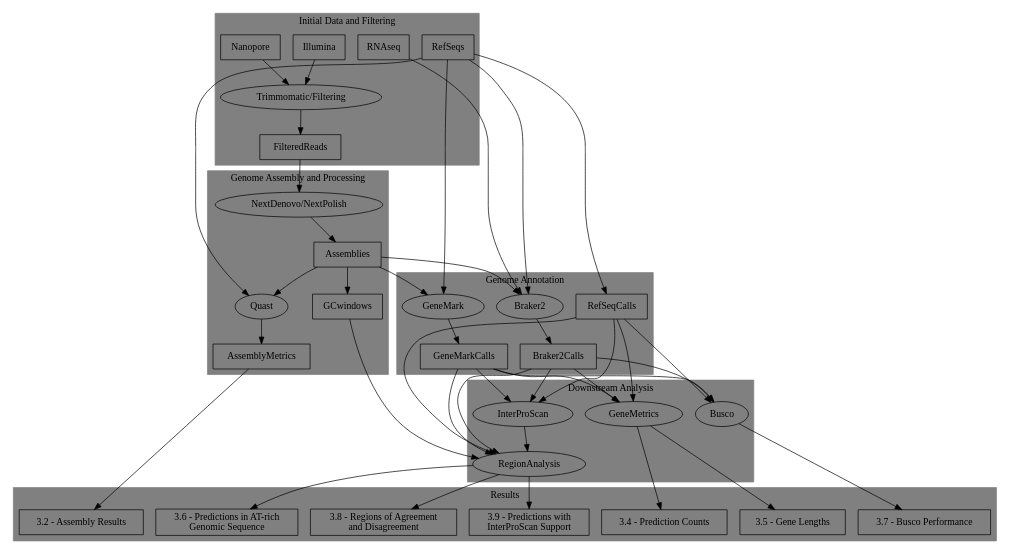
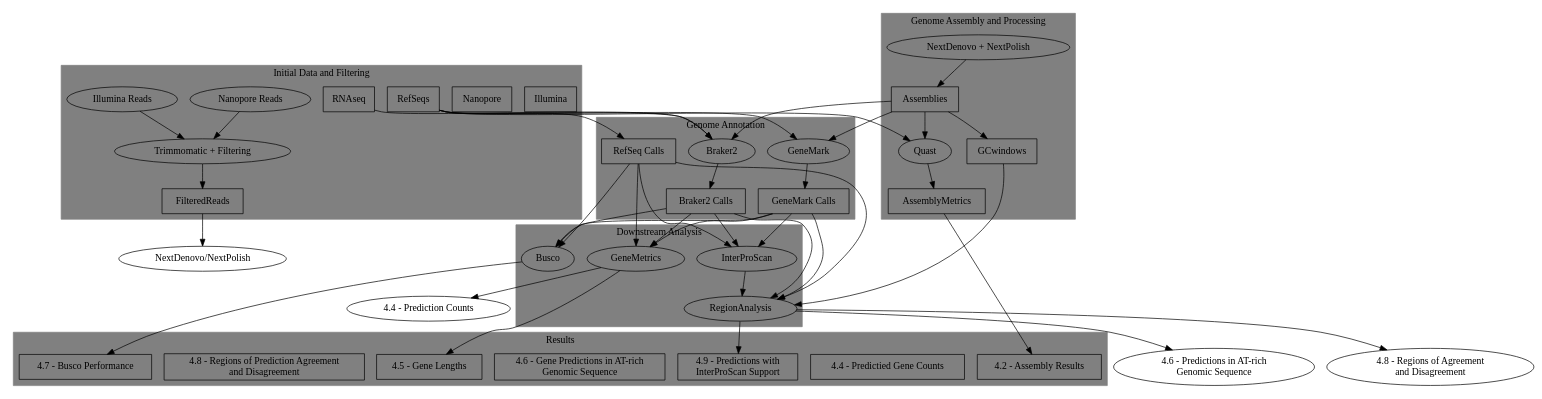
Before and after one commit to cbe453/masters: the diagram in working-thesis/figures/data-flowchart.dot, drawn with Graphviz. The commit also changed 12 other files, not shown here.

```diff
--- a/working-thesis/figures/data-flowchart.dot
+++ b/working-thesis/figures/data-flowchart.dot
@@ -1,102 +1,102 @@
 digraph G{
 
 	subgraph cluster_0 {
 		 style = filled;
 		 color = gray;	
 		 Illumina [shape = rectangle];
         	 Nanopore [shape = rectangle];
-		 Illumina -> "Trimmomatic/Filtering";
-		 Nanopore -> "Trimmomatic/Filtering";
+		 "Illumina Reads" -> "Trimmomatic + Filtering";
+		 "Nanopore Reads" -> "Trimmomatic + Filtering";
 		 RefSeqs [shape = rectangle];
 		 RNAseq [shape = rectangle];
 		 FilteredReads [shape = rectangle];
 		 label = "Initial Data and Filtering";
 	}
 
 	subgraph cluster_1 {
 		 style = filled;
 		 color = gray;	
-		 "NextDenovo/NextPolish";
+		 "NextDenovo + NextPolish";
 		 AssemblyMetrics [shape = rectangle];
 		 Assemblies [shape = rectangle];
 		 GCwindows [shape = rectangle]
 		 Assemblies -> Quast;
 		 Assemblies -> GCwindows;
 		 label = "Genome Assembly and Processing";
 	}
 
 	subgraph cluster_2 {
 		 style = filled;
 		 color=gray;
-		 "GeneMarkCalls" [shape = rectangle];
-		 "Braker2Calls" [shape = rectangle];
-		 GeneMark -> "GeneMarkCalls";
-		 Braker2 -> "Braker2Calls";
+		 "GeneMark Calls" [shape = rectangle];
+		 "Braker2 Calls" [shape = rectangle];
+		 GeneMark -> "GeneMark Calls";
+		 Braker2 -> "Braker2 Calls";
 		 label = "Genome Annotation";
-		 RefSeqCalls [shape = rectangle];
+		 "RefSeq Calls" [shape = rectangle];
 	}
 
 	subgraph cluster_3 {
 		 style = filled;
 		 color = gray;
 	}
 	
-	"Trimmomatic/Filtering" -> FilteredReads;
+	"Trimmomatic + Filtering" -> FilteredReads;
 	FilteredReads -> "NextDenovo/NextPolish";
-	"NextDenovo/NextPolish" -> Assemblies;
+	"NextDenovo + NextPolish" -> Assemblies;
 	Assemblies -> GeneMark;
 	Assemblies -> Braker2;
 	RefSeqs -> GeneMark;
 	RefSeqs -> Braker2;
-	RefSeqs -> RefSeqCalls;
+	RefSeqs -> "RefSeq Calls";
 	RNAseq -> Braker2;
 	RefSeqs -> Quast;
 	Quast -> AssemblyMetrics;
 
 	subgraph cluster_4 {
 		 label = "Downstream Analysis";
 		 style = filled;
 		 color = gray;
 		 Busco;
 		 GeneMetrics;
 		 InterProScan;
 		 RegionAnalysis;
 	}
 
-	RefSeqCalls -> GeneMetrics;
-	GeneMarkCalls -> GeneMetrics;
-	Braker2Calls -> GeneMetrics;
-	RefSeqCalls -> Busco;
-	GeneMarkCalls -> Busco;
-	Braker2Calls -> Busco;
-	RefSeqCalls -> InterProScan;
-	GeneMarkCalls -> InterProScan;
-	Braker2Calls -> InterProScan;
-	RefSeqCalls -> RegionAnalysis;
-	GeneMarkCalls -> RegionAnalysis;
-	Braker2Calls -> RegionAnalysis;
+	"RefSeq Calls" -> GeneMetrics;
+	"GeneMark Calls" -> GeneMetrics;
+	"Braker2 Calls" -> GeneMetrics;
+	"RefSeq Calls" -> Busco;
+	"GeneMark Calls" -> Busco;
+	"Braker2 Calls" -> Busco;
+	"RefSeq Calls" -> InterProScan;
+	"GeneMark Calls" -> InterProScan;
+	"Braker2 Calls" -> InterProScan;
+	"RefSeq Calls" -> RegionAnalysis;
+	"GeneMark Calls" -> RegionAnalysis;
+	"Braker2 Calls" -> RegionAnalysis;
 	InterProScan -> RegionAnalysis;
 	GCwindows -> RegionAnalysis;
 
 	subgraph cluster_5 {
 		 label = "Results";
 		 style = filled;
 		 color = gray;
-		 "3.2 - Assembly Results" [shape = rectangle];
-		 "3.4 - Prediction Counts" [shape = rectangle];
-		 "3.5 - Gene Lengths" [shape = rectangle];
-		 "3.6 - Predictions in AT-rich\nGenomic Sequence" [shape = rectangle];
-		 "3.7 - Busco Performance" [shape = rectangle];
-		 "3.8 - Regions of Agreement\nand Disagreement" [shape = rectangle];
-		 "3.9 - Predictions with\nInterProScan Support" [shape = rectangle];
+		 "4.2 - Assembly Results" [shape = rectangle];
+		 "4.4 - Predictied Gene Counts" [shape = rectangle];
+		 "4.5 - Gene Lengths" [shape = rectangle];
+		 "4.6 - Gene Predictions in AT-rich\nGenomic Sequence" [shape = rectangle];
+		 "4.7 - Busco Performance" [shape = rectangle];
+		 "4.8 - Regions of Prediction Agreement\nand Disagreement" [shape = rectangle];
+		 "4.9 - Predictions with\nInterProScan Support" [shape = rectangle];
 	}
 
-	AssemblyMetrics -> "3.2 - Assembly Results";
-	GeneMetrics -> "3.4 - Prediction Counts";
-	GeneMetrics -> "3.5 - Gene Lengths";
-	RegionAnalysis -> "3.6 - Predictions in AT-rich\nGenomic Sequence";
-	Busco -> "3.7 - Busco Performance";
-	RegionAnalysis -> "3.8 - Regions of Agreement\nand Disagreement";
-	RegionAnalysis -> "3.9 - Predictions with\nInterProScan Support";
+	AssemblyMetrics -> "4.2 - Assembly Results";
+	GeneMetrics -> "4.4 - Prediction Counts";
+	GeneMetrics -> "4.5 - Gene Lengths";
+	RegionAnalysis -> "4.6 - Predictions in AT-rich\nGenomic Sequence";
+	Busco -> "4.7 - Busco Performance";
+	RegionAnalysis -> "4.8 - Regions of Agreement\nand Disagreement";
+	RegionAnalysis -> "4.9 - Predictions with\nInterProScan Support";
 	
 }
```
